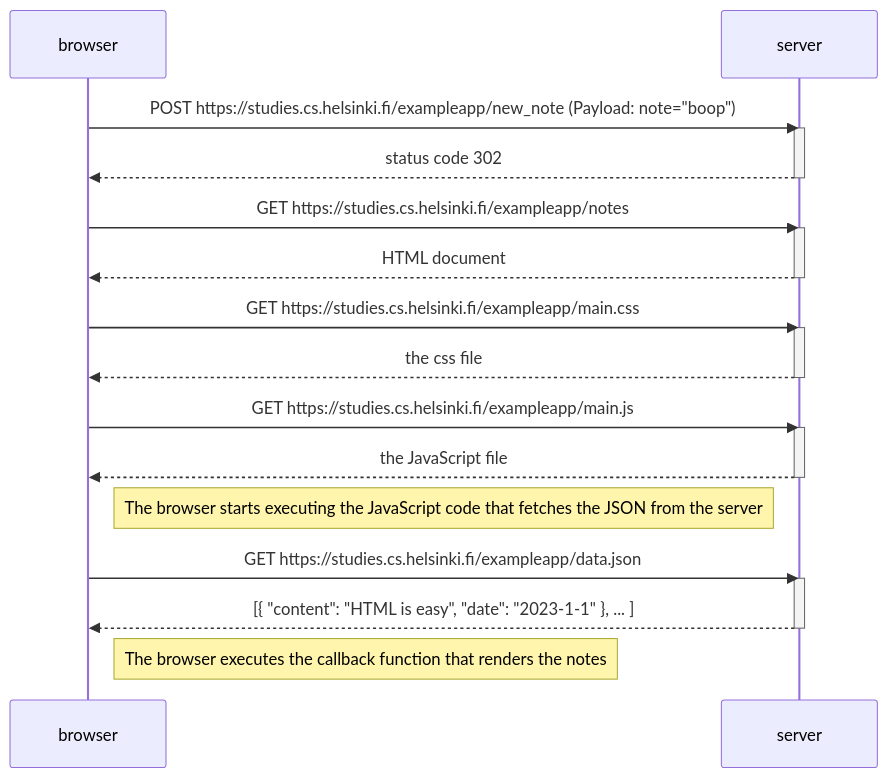
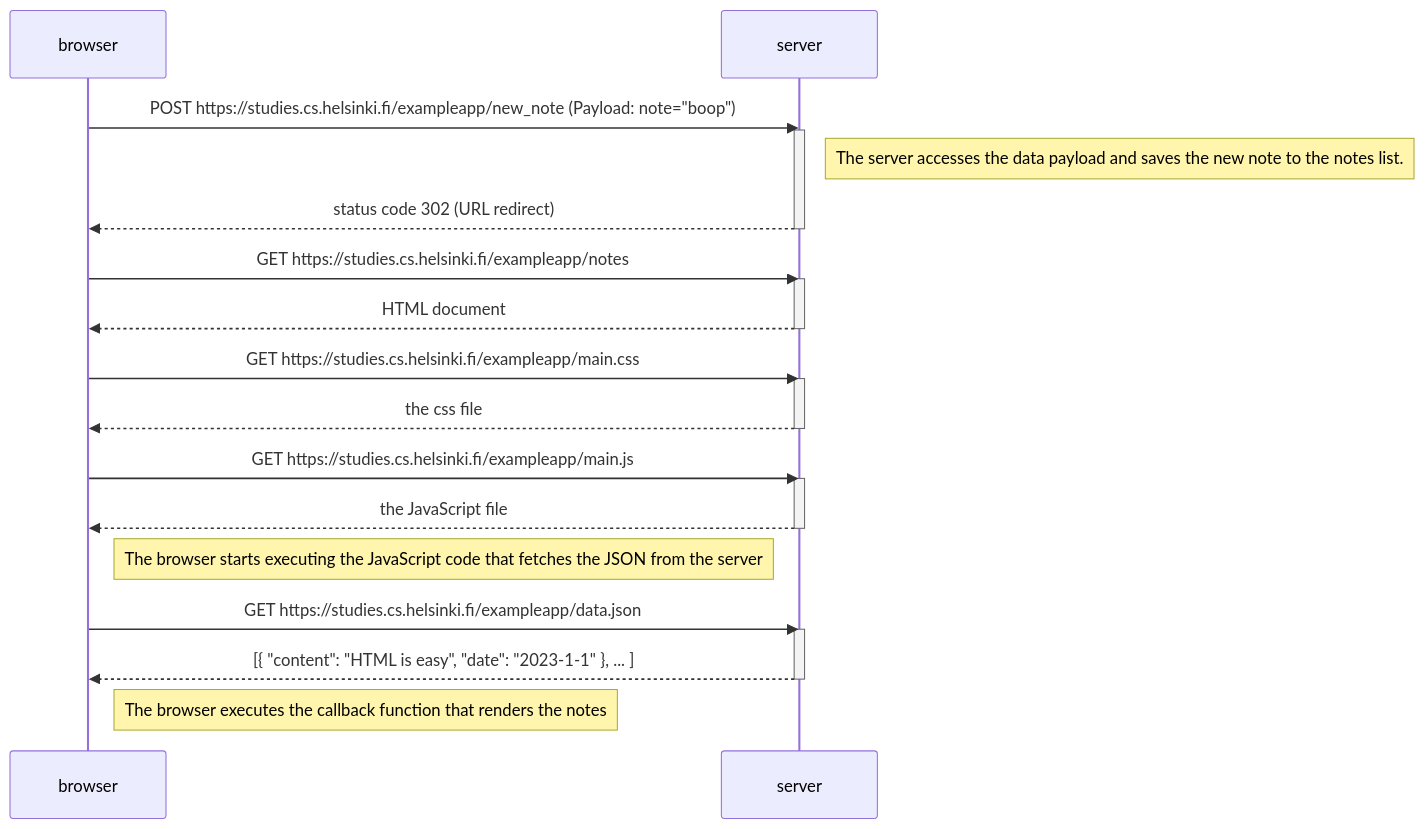
Before and after one commit to alcalza4/webcourse_assignments: the diagram in E0.4.md, drawn with Mermaid.

````diff
--- a/E0.4.md
+++ b/E0.4.md
@@ -1,34 +1,37 @@
 ```mermaid
 sequenceDiagram
     participant browser
     participant server
 
     browser->>server: POST https://studies.cs.helsinki.fi/exampleapp/new_note (Payload: note="boop")
     activate server
-    server-->>browser: status code 302
+
+    Note right of server: The server accesses the data payload and saves the new note to the notes list.
+
+    server-->>browser: status code 302 (URL redirect)
     deactivate server
 
     browser->>server: GET https://studies.cs.helsinki.fi/exampleapp/notes
     activate server
     server-->>browser: HTML document
     deactivate server
 
     browser->>server: GET https://studies.cs.helsinki.fi/exampleapp/main.css
     activate server
     server-->>browser: the css file
     deactivate server
 
     browser->>server: GET https://studies.cs.helsinki.fi/exampleapp/main.js
     activate server
     server-->>browser: the JavaScript file
     deactivate server
 
     Note right of browser: The browser starts executing the JavaScript code that fetches the JSON from the server
 
     browser->>server: GET https://studies.cs.helsinki.fi/exampleapp/data.json
     activate server
     server-->>browser: [{ "content": "HTML is easy", "date": "2023-1-1" }, ... ]
     deactivate server
 
     Note right of browser: The browser executes the callback function that renders the notes
 ```
````
